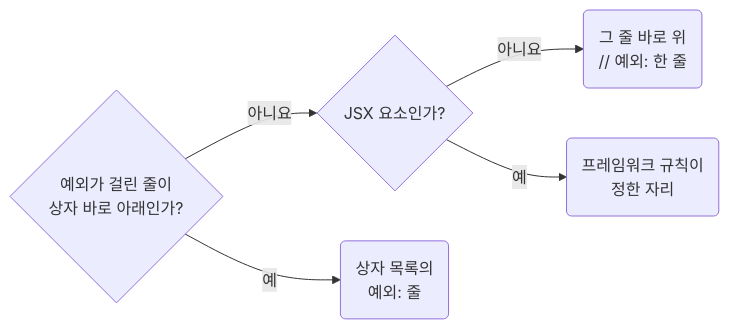
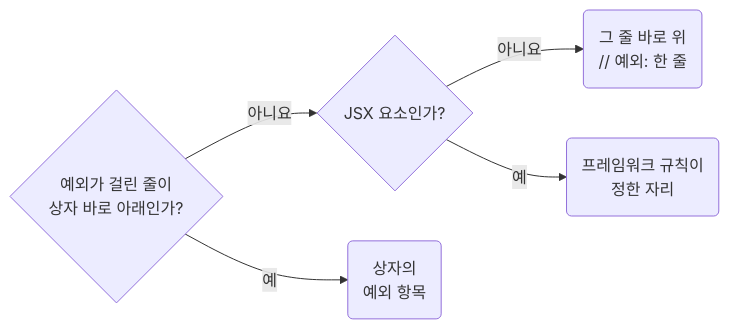
Before and after one commit to nomeehej/agent-conventions: the diagram in skill/typescript/contracts/docs-justify-convention-exceptions-with-a-reason-comment.md, drawn with Mermaid. The commit also changed other lines of this file and 72 other files, not shown here.

````diff
--- a/skill/typescript/contracts/docs-justify-convention-exceptions-with-a-reason-comment.md
+++ b/skill/typescript/contracts/docs-justify-convention-exceptions-with-a-reason-comment.md
@@ -21,6 +22,6 @@
 ```mermaid
 flowchart LR
 	q1{"예외가 걸린 줄이<br>상자 바로 아래인가?"} -- 아니요 --> q2{"JSX 요소인가?"} -- 아니요 --> r3("그 줄 바로 위<br>// 예외: 한 줄")
-	q1 -- 예 --> r1("상자 목록의<br>예외: 줄")
+	q1 -- 예 --> r1("상자의<br>예외 항목")
 	q2 -- 예 --> r2("프레임워크 규칙이<br>정한 자리")
 ```
````
